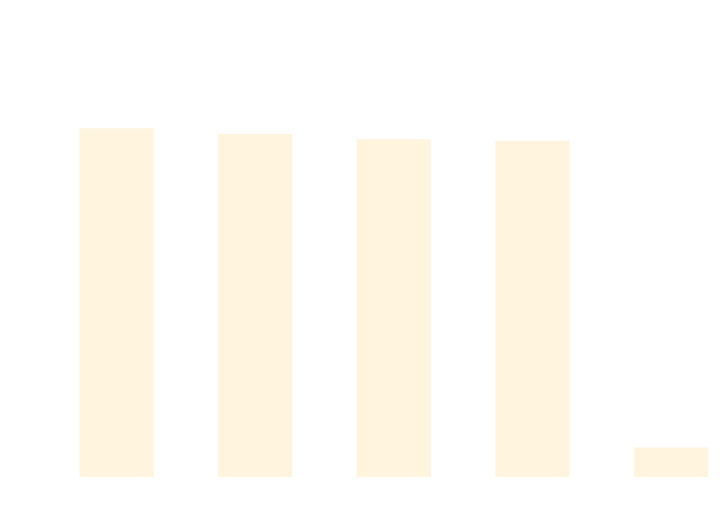
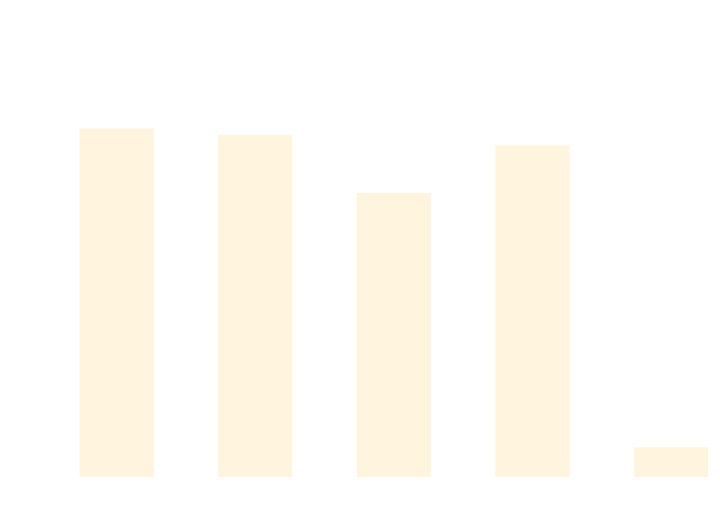
One commit to thomhurst/TUnit changed the diagram in docs/docs/benchmarks/ScaleTests.md. Above: the diagram before and after it, drawn with Mermaid. The commit also changed other lines of this file and 17 other files, not shown here.

````diff
--- a/docs/docs/benchmarks/ScaleTests.md
+++ b/docs/docs/benchmarks/ScaleTests.md
@@ -27,37 +27,37 @@
 ```mermaid
 %%{init: {
   'theme':'base',
   'themeVariables': {
     'primaryColor': '#2563eb',
     'primaryTextColor': '#ffffff',
     'primaryBorderColor': '#1e40af',
     'lineColor': '#6b7280',
     'secondaryColor': '#7c3aed',
     'tertiaryColor': '#dc2626',
     'background': '#ffffff',
     'mainBkg': '#2563eb',
     'secondBkg': '#7c3aed',
     'tertiaryBkg': '#dc2626',
     'clusterBkg': '#f3f4f6',
     'edgeLabelBackground': '#ffffff',
     'tertiaryTextColor': '#1f2937',
     'pie1': '#2563eb',
     'pie2': '#7c3aed',
     'pie3': '#dc2626',
     'pie4': '#f59e0b',
     'pie5': '#10b981',
     'pie6': '#06b6d4',
     'pie7': '#ec4899',
     'pie8': '#6366f1',
     'pie9': '#84cc16',
     'pie10': '#f97316',
     'pie11': '#14b8a6',
     'pie12': '#a855f7'
   }
 }}%%
 xychart-beta
   title "ScaleTests Performance Comparison"
   x-axis ["TUnit", "NUnit", "MSTest", "xUnit3", "TUnit_AOT"]
-  y-axis "Time (ms)" 0 --> 764
-  bar [636.47, 625.77, 615.77, 613.23, 40.29]
+  y-axis "Time (ms)" 0 --> 734
+  bar [611.01, 599.68, 495.4, 580.68, 39.1]
 ```
````
